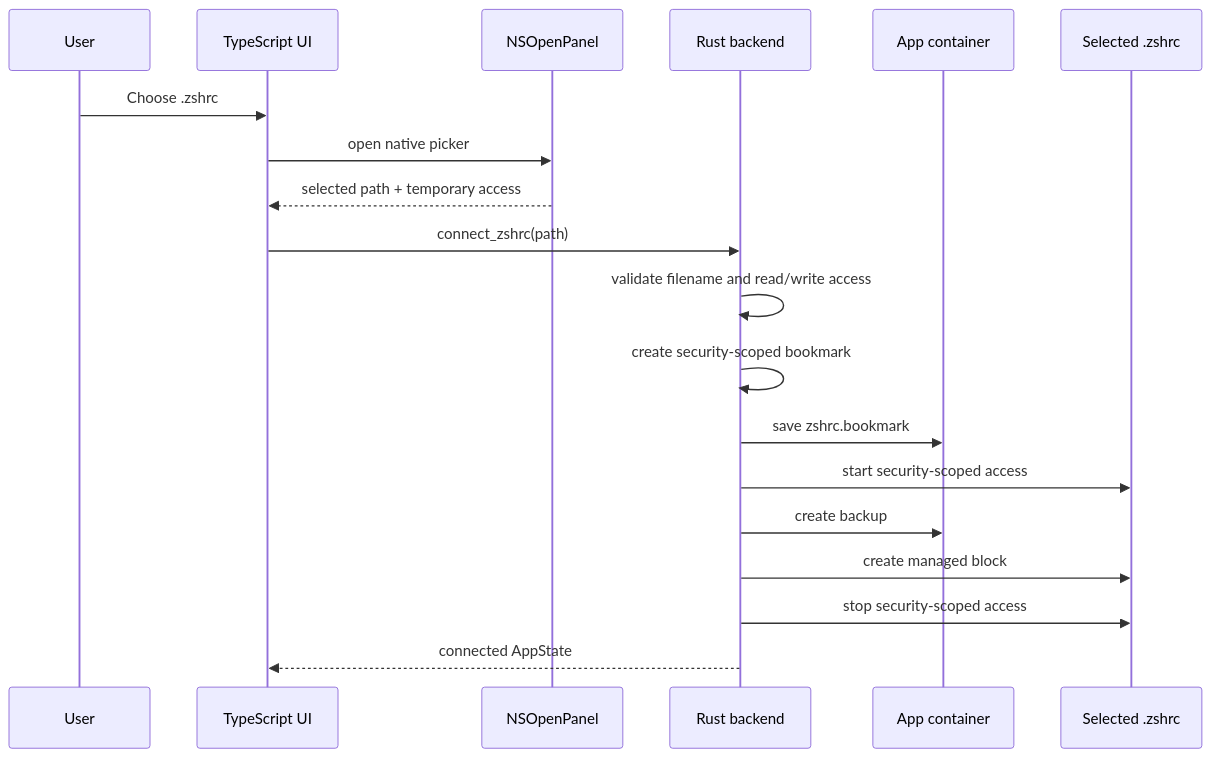
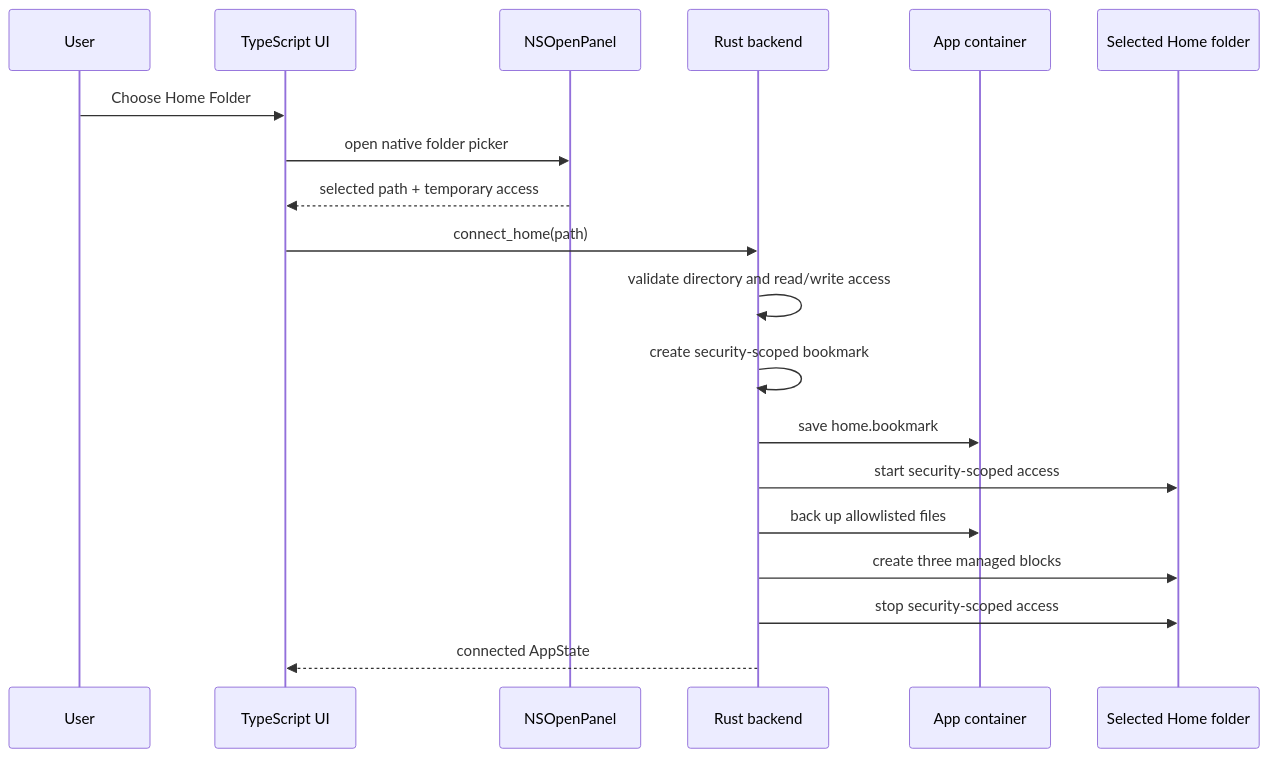
The second of 5 diagrams in mac_src_app_store/docs/ARCHITECTURE.md (hannesgnann-hub/easyalias), drawn with Mermaid before and after one commit. The commit also changed other lines of this file and 3 other files, not shown here.

````diff
--- a/mac_src_app_store/docs/ARCHITECTURE.md
+++ b/mac_src_app_store/docs/ARCHITECTURE.md
@@ -44,22 +49,22 @@
 ```mermaid
 sequenceDiagram
   participant User
   participant UI as TypeScript UI
   participant Panel as NSOpenPanel
   participant Rust as Rust backend
   participant Container as App container
-  participant Zshrc as Selected .zshrc
+  participant Home as Selected Home folder
 
-  User->>UI: Choose .zshrc
-  UI->>Panel: open native picker
+  User->>UI: Choose Home Folder
+  UI->>Panel: open native folder picker
   Panel-->>UI: selected path + temporary access
-  UI->>Rust: connect_zshrc(path)
-  Rust->>Rust: validate filename and read/write access
+  UI->>Rust: connect_home(path)
+  Rust->>Rust: validate directory and read/write access
   Rust->>Rust: create security-scoped bookmark
-  Rust->>Container: save zshrc.bookmark
-  Rust->>Zshrc: start security-scoped access
-  Rust->>Container: create backup
-  Rust->>Zshrc: create managed block
-  Rust->>Zshrc: stop security-scoped access
+  Rust->>Container: save home.bookmark
+  Rust->>Home: start security-scoped access
+  Rust->>Container: back up allowlisted files
+  Rust->>Home: create three managed blocks
+  Rust->>Home: stop security-scoped access
   Rust-->>UI: connected AppState
 ```
````
